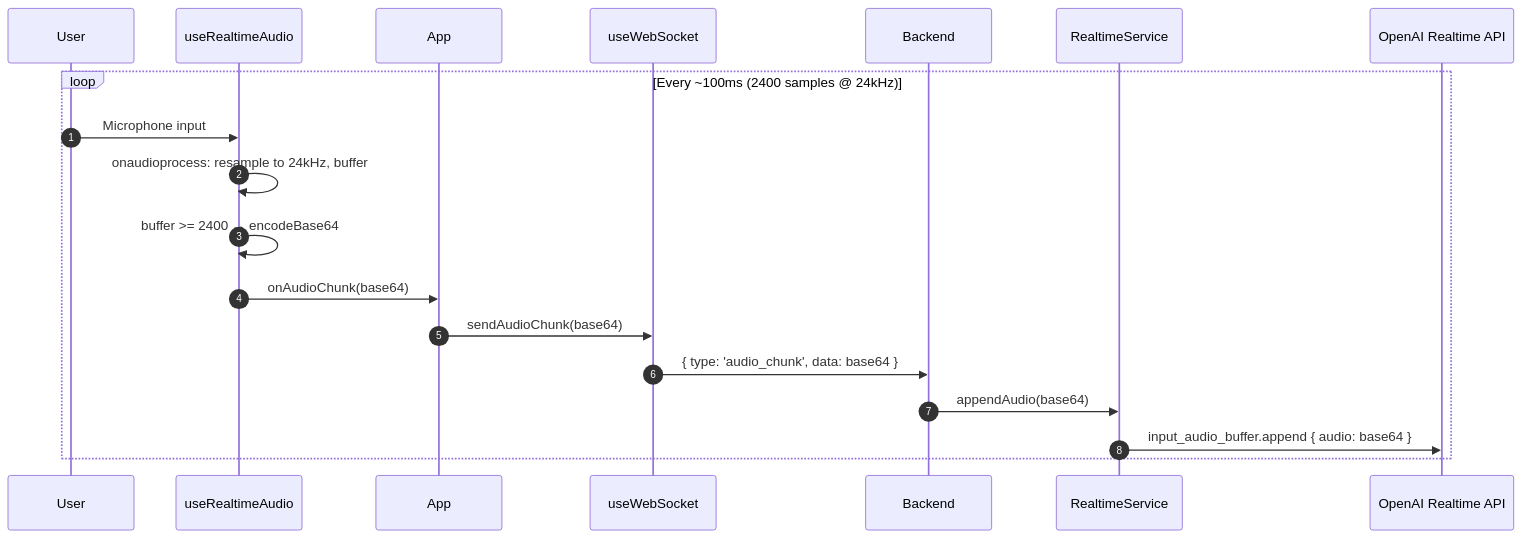
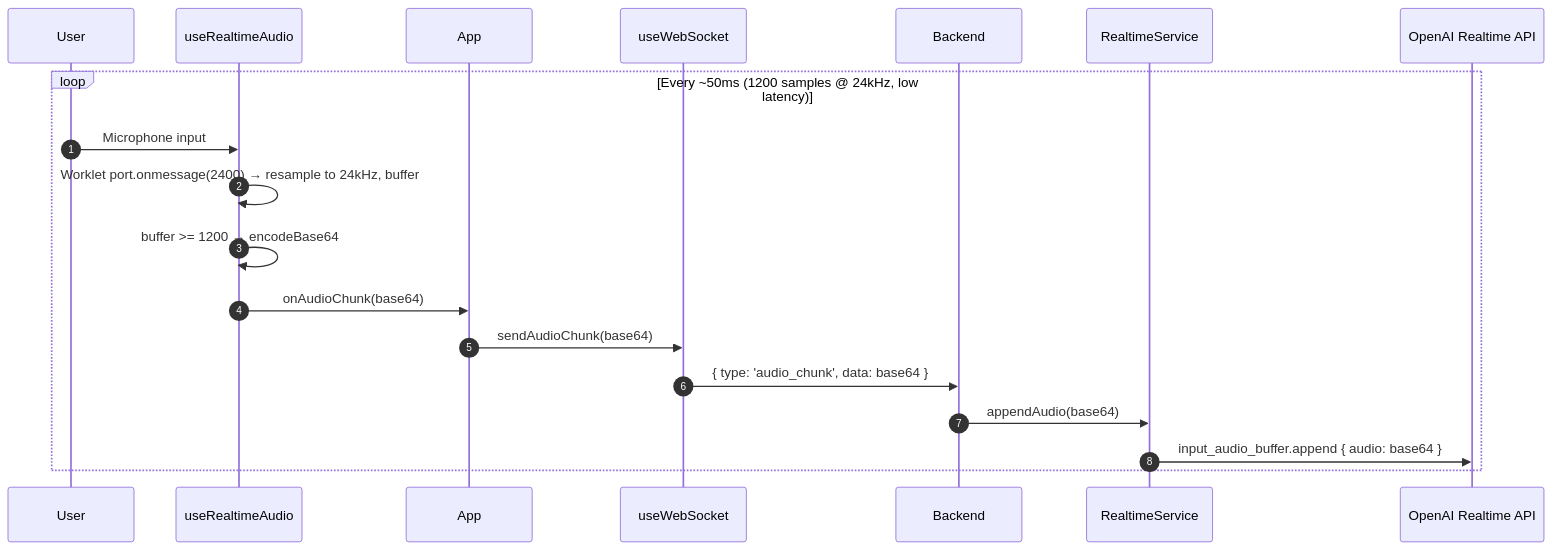
Before and after one commit to lasha-gamrekelashvili/voice-ai-contact-collector: the second of 8 diagrams in docs/SEQUENCE_DIAGRAM.md, drawn with Mermaid. The commit also changed other lines of this file and 3 other files, not shown here.

Commit message:
change audio worklet buffer size to 2400 samples (~50 ms)

````diff
--- a/docs/SEQUENCE_DIAGRAM.md
+++ b/docs/SEQUENCE_DIAGRAM.md
@@ -50,22 +50,22 @@
 ```mermaid
 sequenceDiagram
     autonumber
     participant User
     participant useAudio as useRealtimeAudio
     participant App as App
     participant useWS as useWebSocket
     participant Backend as Backend
     participant Realtime as RealtimeService
     participant OpenAI as OpenAI Realtime API
 
-    loop Every ~100ms (2400 samples @ 24kHz)
+    loop Every ~50ms (1200 samples @ 24kHz, low latency)
         User->>useAudio: Microphone input
-        useAudio->>useAudio: onaudioprocess: resample to 24kHz, buffer
-        useAudio->>useAudio: buffer >= 2400 → encodeBase64
+        useAudio->>useAudio: Worklet port.onmessage(2400) → resample to 24kHz, buffer
+        useAudio->>useAudio: buffer >= 1200 → encodeBase64
         useAudio->>App: onAudioChunk(base64)
         App->>useWS: sendAudioChunk(base64)
         useWS->>Backend: { type: 'audio_chunk', data: base64 }
         Backend->>Realtime: appendAudio(base64)
         Realtime->>OpenAI: input_audio_buffer.append { audio: base64 }
     end
 ```
````
